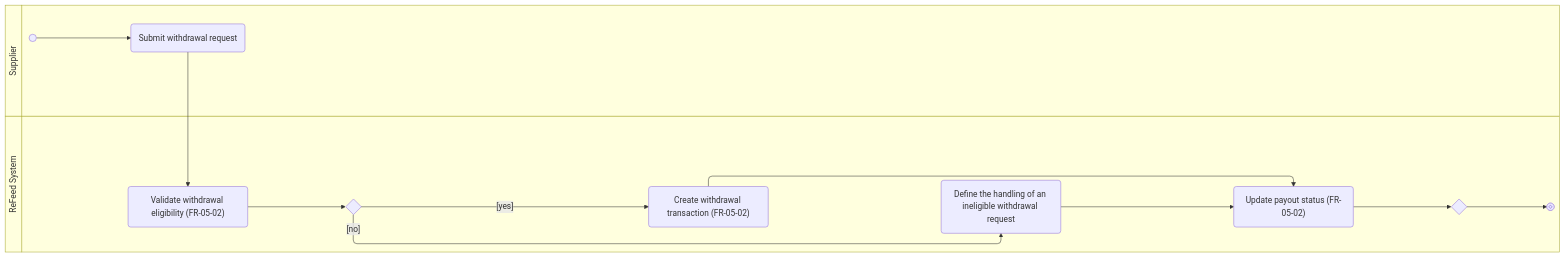
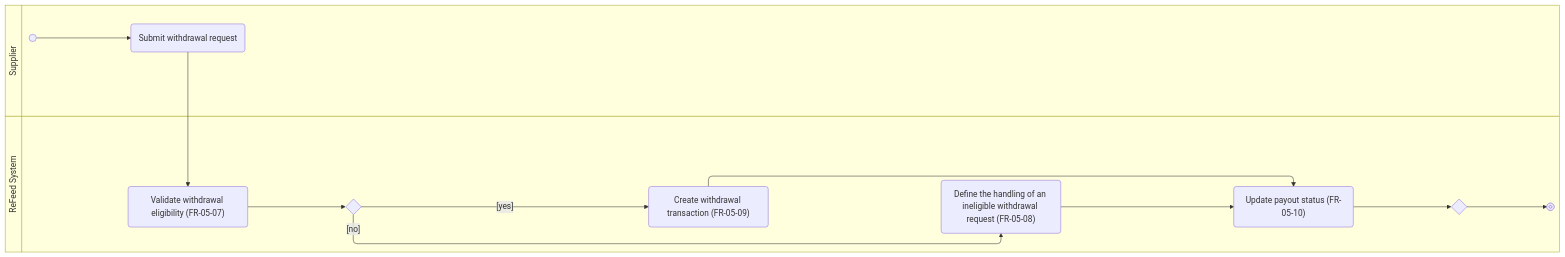
Before and after one commit to thuyvicbh-alt/DBIZ2---GROUP-D: the diagram in docs/activity/AD-UC-13.md, drawn with Mermaid. The commit also changed other lines of this file, not shown here.

````diff
--- a/docs/activity/AD-UC-13.md
+++ b/docs/activity/AD-UC-13.md
@@ -22,21 +22,21 @@
 ```mermaid
 swimlane-beta LR
   subgraph ACT["Supplier"]
     start@{ shape: sm-circ }
     a1("Submit withdrawal request")
   end
   subgraph SYS["ReFeed System"]
-    s1("Validate withdrawal eligibility (FR-05-02)")
+    s1("Validate withdrawal eligibility (FR-05-07)")
     d1{" "}
-    s2("Create withdrawal transaction (FR-05-02)")
-    s3("Define the handling of an ineligible withdrawal request")
-    s4("Update payout status (FR-05-02)")
+    s2("Create withdrawal transaction (FR-05-09)")
+    s3("Define the handling of an ineligible withdrawal request (FR-05-08)")
+    s4("Update payout status (FR-05-10)")
     m1{" "}
     stop1@{ shape: fr-circ }
   end
   
   start --> a1 --> s1 --> d1
   d1 -->|"[yes]"| s2 --> s4
   d1 -->|"[no]"| s3 --> s4
   s4 --> m1 --> stop1
 ```
````
